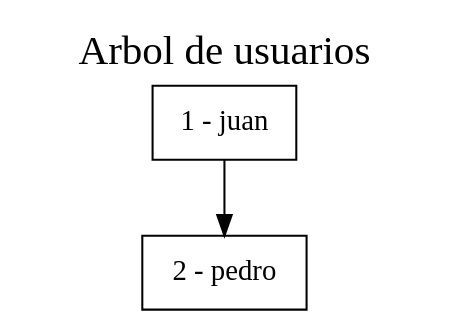
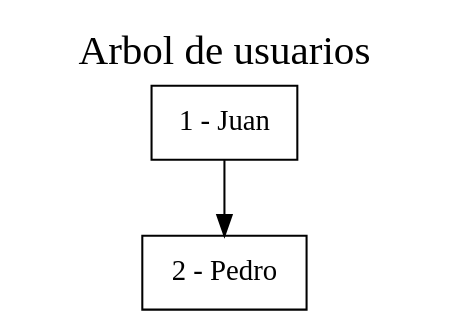
The diagram in EDD_Proyecto1/EDD_Proyecto1/ArbolBinarioBusqueda.dot (elJuanjoRamos/EDD_1S2020_PY1_201801262), drawn with Graphviz before and after one commit. The commit also changed 18 other files, not shown here.

```diff
--- a/EDD_Proyecto1/EDD_Proyecto1/ArbolBinarioBusqueda.dot
+++ b/EDD_Proyecto1/EDD_Proyecto1/ArbolBinarioBusqueda.dot
@@ -1,7 +1,7 @@
 digraph grafica{
 rankdir=TB;graph[label="Arbol de usuarios", labelloc=t, fontsize=20]
 node [shape = record, style=filled, fillcolor=white];
-nodo1[ label ="1 - juan"];
-nodo2 [ label ="2 - pedro"];
+nodo1[ label ="1 - Juan"];
+nodo2 [ label ="2 - Pedro"];
 nodo1->nodo2
 }
```
